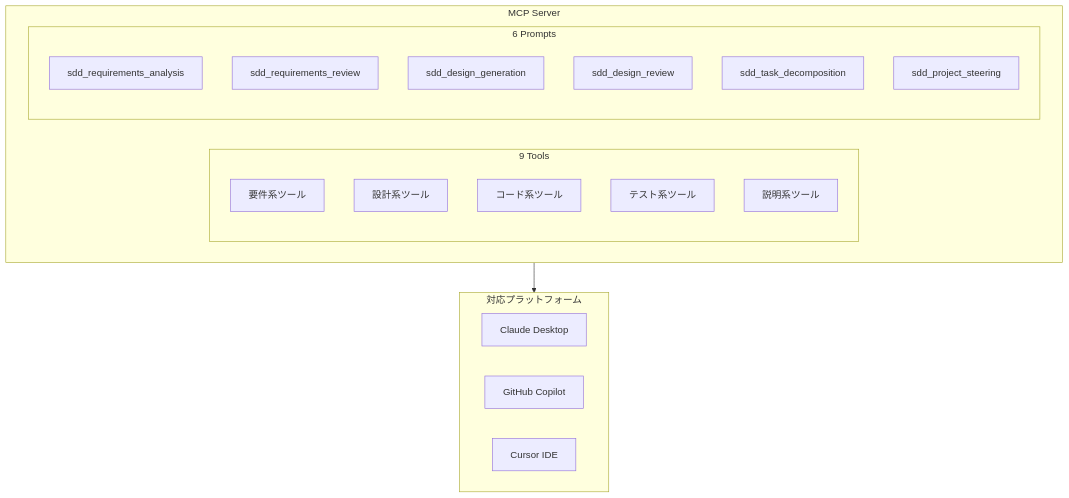
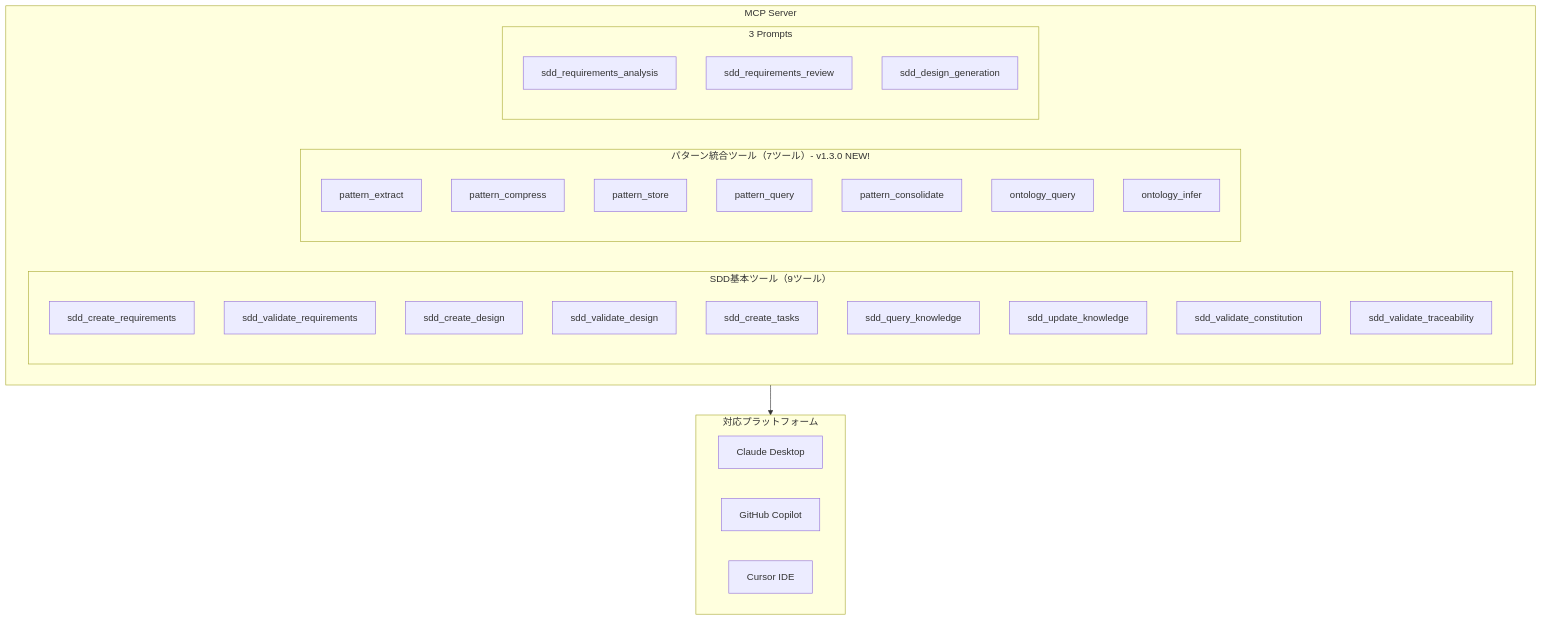
One commit to Takashi-So/MUSUBIX changed diagram 15 of 23 in docs/evolution-from-musubi-to-musubix.md. Above: the diagram before and after it, drawn with Mermaid. The commit also changed other lines of this file and 91 other files, not shown here.

````diff
--- a/docs/evolution-from-musubi-to-musubix.md
+++ b/docs/evolution-from-musubi-to-musubix.md
@@ -732,29 +742,40 @@
 ```mermaid
 flowchart TB
     subgraph MCPServer["MCP Server"]
-        subgraph Tools["9 Tools"]
-            T1[要件系ツール]
-            T2[設計系ツール]
-            T3[コード系ツール]
-            T4[テスト系ツール]
-            T5[説明系ツール]
+        subgraph SDDTools["SDD基本ツール（9ツール）"]
+            T1[sdd_create_requirements]
+            T2[sdd_validate_requirements]
+            T3[sdd_create_design]
+            T4[sdd_validate_design]
+            T5[sdd_create_tasks]
+            T6[sdd_query_knowledge]
+            T7[sdd_update_knowledge]
+            T8[sdd_validate_constitution]
+            T9[sdd_validate_traceability]
         end
         
-        subgraph Prompts["6 Prompts"]
+        subgraph PatternTools["パターン統合ツール（7ツール）- v1.3.0 NEW!"]
+            PT1[pattern_extract]
+            PT2[pattern_compress]
+            PT3[pattern_store]
+            PT4[pattern_query]
+            PT5[pattern_consolidate]
+            PT6[ontology_query]
+            PT7[ontology_infer]
+        end
+        
+        subgraph Prompts["3 Prompts"]
             P1[sdd_requirements_analysis]
             P2[sdd_requirements_review]
             P3[sdd_design_generation]
-            P4[sdd_design_review]
-            P5[sdd_task_decomposition]
-            P6[sdd_project_steering]
         end
     end
     
     subgraph Platforms["対応プラットフォーム"]
         Claude[Claude Desktop]
         Copilot[GitHub Copilot]
         Cursor[Cursor IDE]
     end
     
     MCPServer --> Platforms
 ```
````
